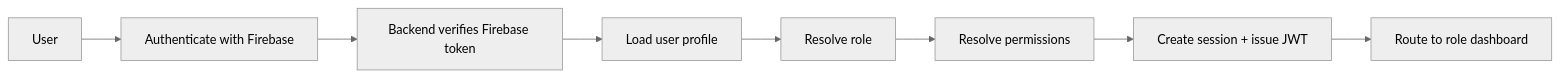
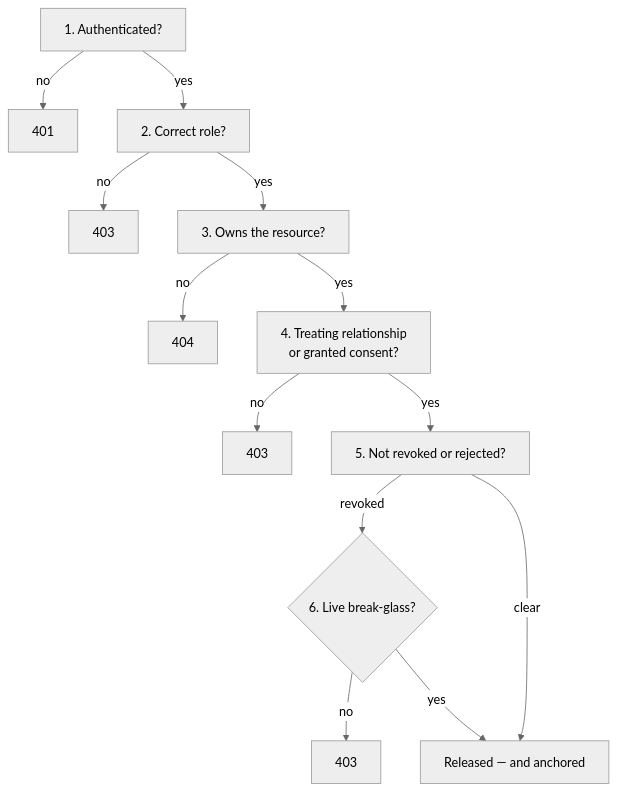
The first of 2 diagrams in docs/8_IAM_Architecture.md (creatingMYworld/post-quantum-blockchain-phr-security), drawn with Mermaid (neutral theme) before and after one commit. The commit also changed other lines of this file and 10 other files, not shown here.

````diff
--- a/docs/8_IAM_Architecture.md
+++ b/docs/8_IAM_Architecture.md
@@ -24,10 +20,15 @@
 ```mermaid
-flowchart LR
-    U[User] --> A[Authenticate with Firebase]
-    A --> B[Backend verifies Firebase token]
-    B --> C[Load user profile]
-    C --> D[Resolve role]
-    D --> E[Resolve permissions]
-    E --> F[Create session + issue JWT]
-    F --> G[Route to role dashboard]
+flowchart TB
+    A[1. Authenticated?] -->|no| X1[401]
+    A -->|yes| B[2. Correct role?]
+    B -->|no| X2[403]
+    B -->|yes| C[3. Owns the resource?]
+    C -->|no| X3[404]
+    C -->|yes| D[4. Treating relationship<br/>or granted consent?]
+    D -->|no| X4[403]
+    D -->|yes| E[5. Not revoked or rejected?]
+    E -->|revoked| F{6. Live break-glass?}
+    F -->|no| X5[403]
+    F -->|yes| G[Released — and anchored]
+    E -->|clear| G
 ```
````
